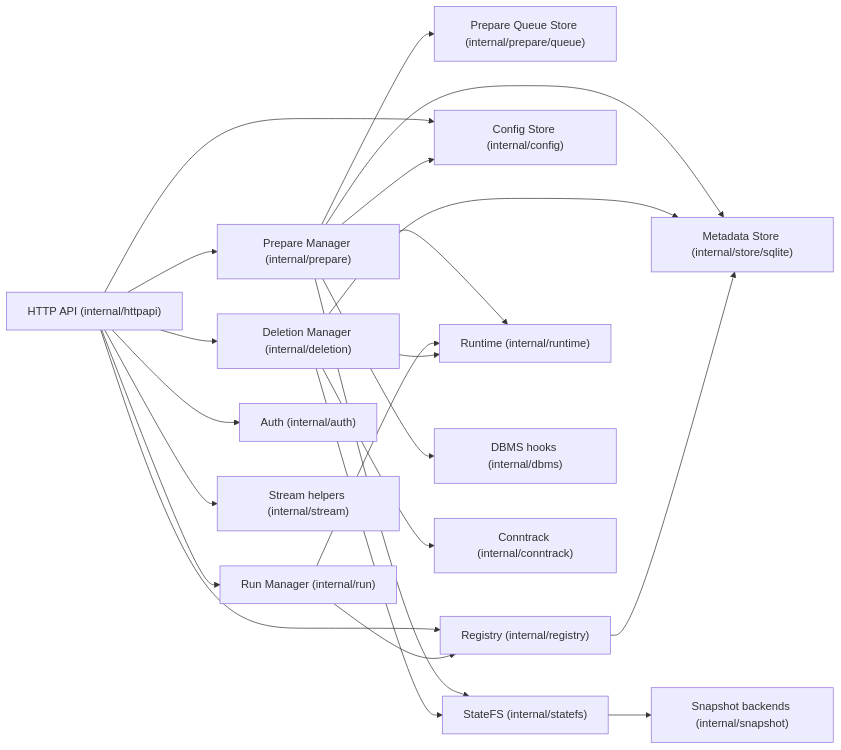
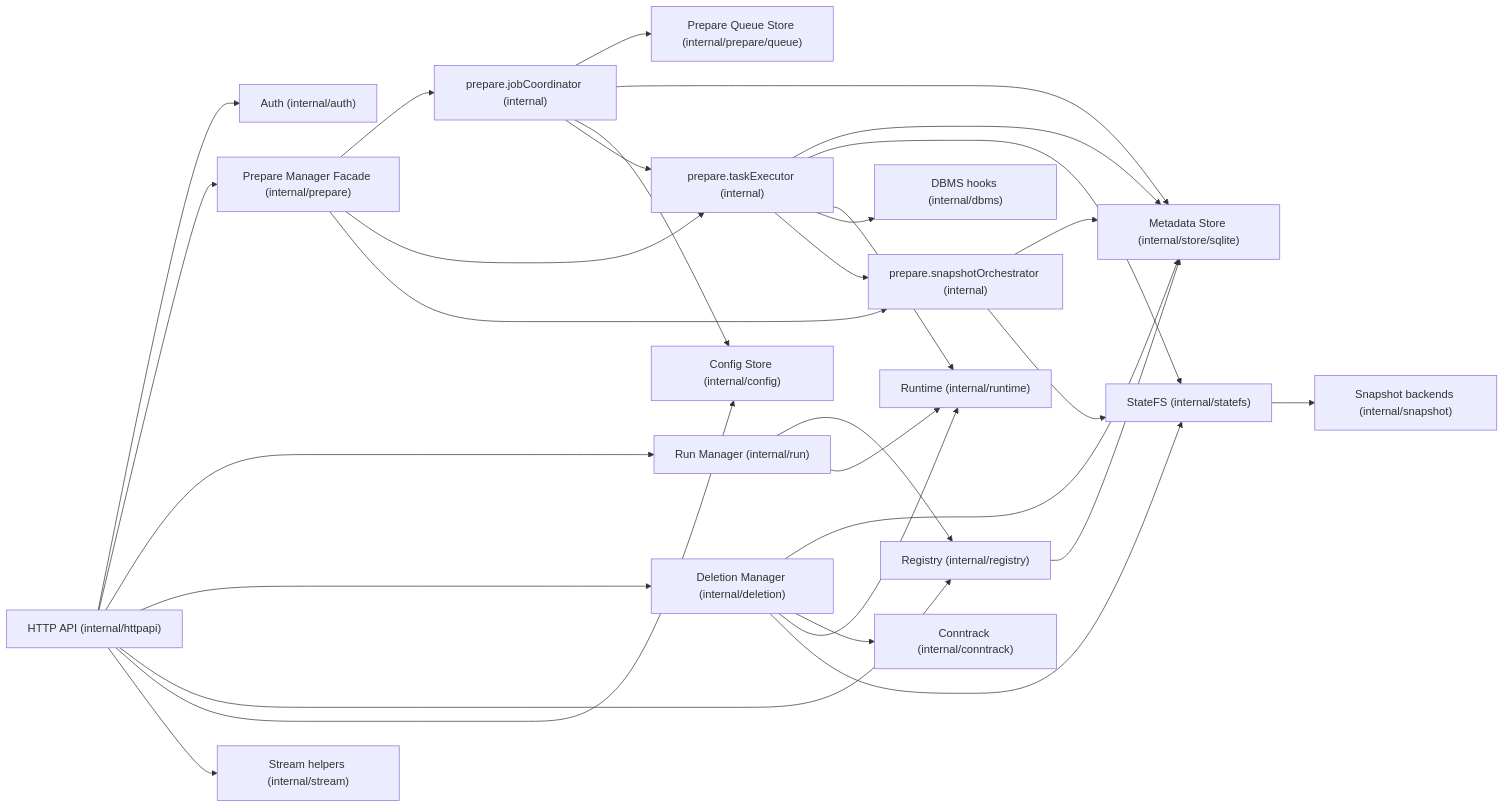
The first of 5 diagrams in docs/architecture/engine-internals.RU.md (kimak-irmagi/taidon), drawn with Mermaid before and after one commit. The commit also changed other lines of this file and 44 other files, not shown here.

````diff
--- a/docs/architecture/engine-internals.RU.md
+++ b/docs/architecture/engine-internals.RU.md
@@ -7,44 +7,58 @@
 ```mermaid
 flowchart LR
   API["HTTP API (internal/httpapi)"]
-  PREP["Prepare Manager (internal/prepare)"]
+  PREP["Prepare Manager Facade (internal/prepare)"]
+  COORD["prepare.jobCoordinator (internal)"]
+  EXEC["prepare.taskExecutor (internal)"]
+  SNAP_ORCH["prepare.snapshotOrchestrator (internal)"]
   QUEUE["Prepare Queue Store (internal/prepare/queue)"]
   RUN["Run Manager (internal/run)"]
   DEL["Deletion Manager (internal/deletion)"]
   REG["Registry (internal/registry)"]
   CFG["Config Store (internal/config)"]
   AUTH["Auth (internal/auth)"]
   STREAM["Stream helpers (internal/stream)"]
   STORE["Metadata Store (internal/store/sqlite)"]
   STATEFS["StateFS (internal/statefs)"]
   SNAPSHOT["Snapshot backends (internal/snapshot)"]
   RT["Runtime (internal/runtime)"]
   DBMS["DBMS hooks (internal/dbms)"]
   CONN["Conntrack (internal/conntrack)"]
 
   API --> AUTH
   API --> PREP
   API --> RUN
   API --> DEL
   API --> REG
   API --> CFG
   API --> STREAM
 
-  PREP --> QUEUE
-  PREP --> STORE
-  PREP --> STATEFS
-  PREP --> RT
-  PREP --> DBMS
-  PREP --> CFG
+  PREP --> COORD
+  PREP --> EXEC
+  PREP --> SNAP_ORCH
+
+  COORD --> QUEUE
+  COORD --> STORE
+  COORD --> CFG
+  COORD --> EXEC
+
+  EXEC --> STORE
+  EXEC --> STATEFS
+  EXEC --> RT
+  EXEC --> DBMS
+  EXEC --> SNAP_ORCH
+
+  SNAP_ORCH --> STORE
+  SNAP_ORCH --> STATEFS
 
   RUN --> REG
   RUN --> RT
 
   DEL --> STORE
   DEL --> CONN
   DEL --> RT
   DEL --> STATEFS
 
   REG --> STORE
   STATEFS --> SNAPSHOT
 ```
````
